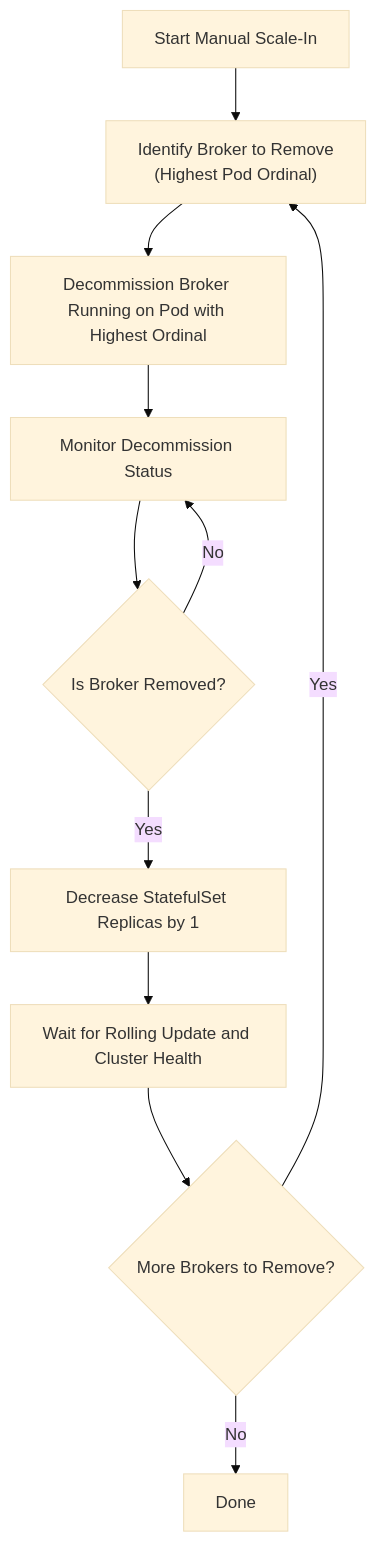
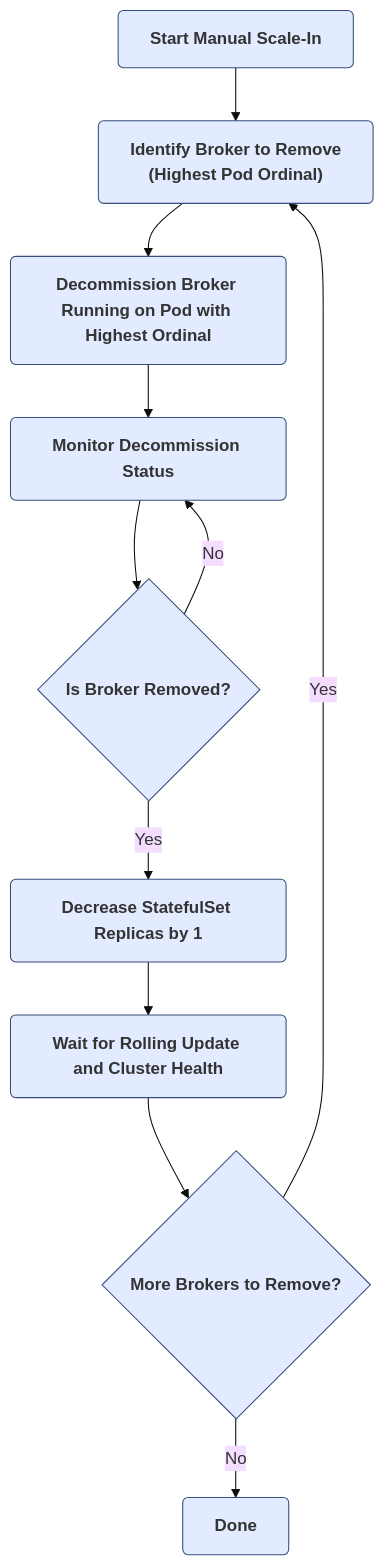
One commit to redpanda-data/docs changed the second of 2 diagrams in modules/manage/pages/kubernetes/k-decommission-brokers.adoc. Above: the diagram before and after it, drawn with Mermaid (base theme).

Commit message:
Consistent format

```diff
--- a/modules/manage/pages/kubernetes/k-decommission-brokers.adoc
+++ b/modules/manage/pages/kubernetes/k-decommission-brokers.adoc
@@ -538,14 +538,17 @@
 [mermaid]
 ....
 flowchart TB
-    A[Start Manual Scale-In] --> B["Identify Broker to Remove<br/>(Highest Pod Ordinal)"]
-    B --> C[Decommission Broker Running on Pod with Highest Ordinal]
-    C --> D[Monitor Decommission Status]
-    D --> E{Is Broker Removed?}
+    %% Define classes
+    classDef userAction stroke:#374D7C, fill:#E2EBFF, font-weight:bold,rx:5,ry:5
+
+    A[Start Manual Scale-In]:::userAction --> B["Identify Broker to Remove<br/>(Highest Pod Ordinal)"]:::userAction
+    B --> C[Decommission Broker Running on Pod with Highest Ordinal]:::userAction
+    C --> D[Monitor Decommission Status]:::userAction
+    D --> E{Is Broker Removed?}:::userAction
     E -- No --> D
-    E -- Yes --> F[Decrease StatefulSet Replicas by 1]
-    F --> G[Wait for Rolling Update and Cluster Health]
-    G --> H{More Brokers to Remove?}
+    E -- Yes --> F[Decrease StatefulSet Replicas by 1]:::userAction
+    F --> G[Wait for Rolling Update and Cluster Health]:::userAction
+    G --> H{More Brokers to Remove?}:::userAction
     H -- Yes --> B
-    H -- No --> I[Done]
+    H -- No --> I[Done]:::userAction
 ....
```
